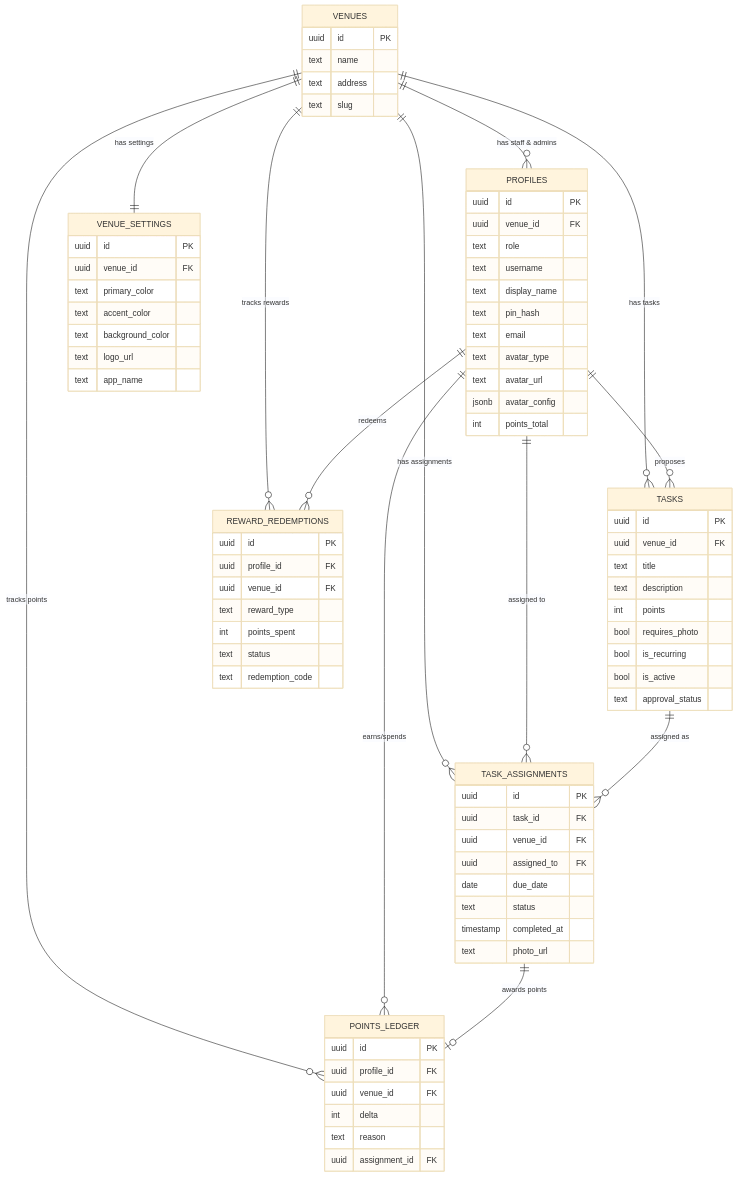
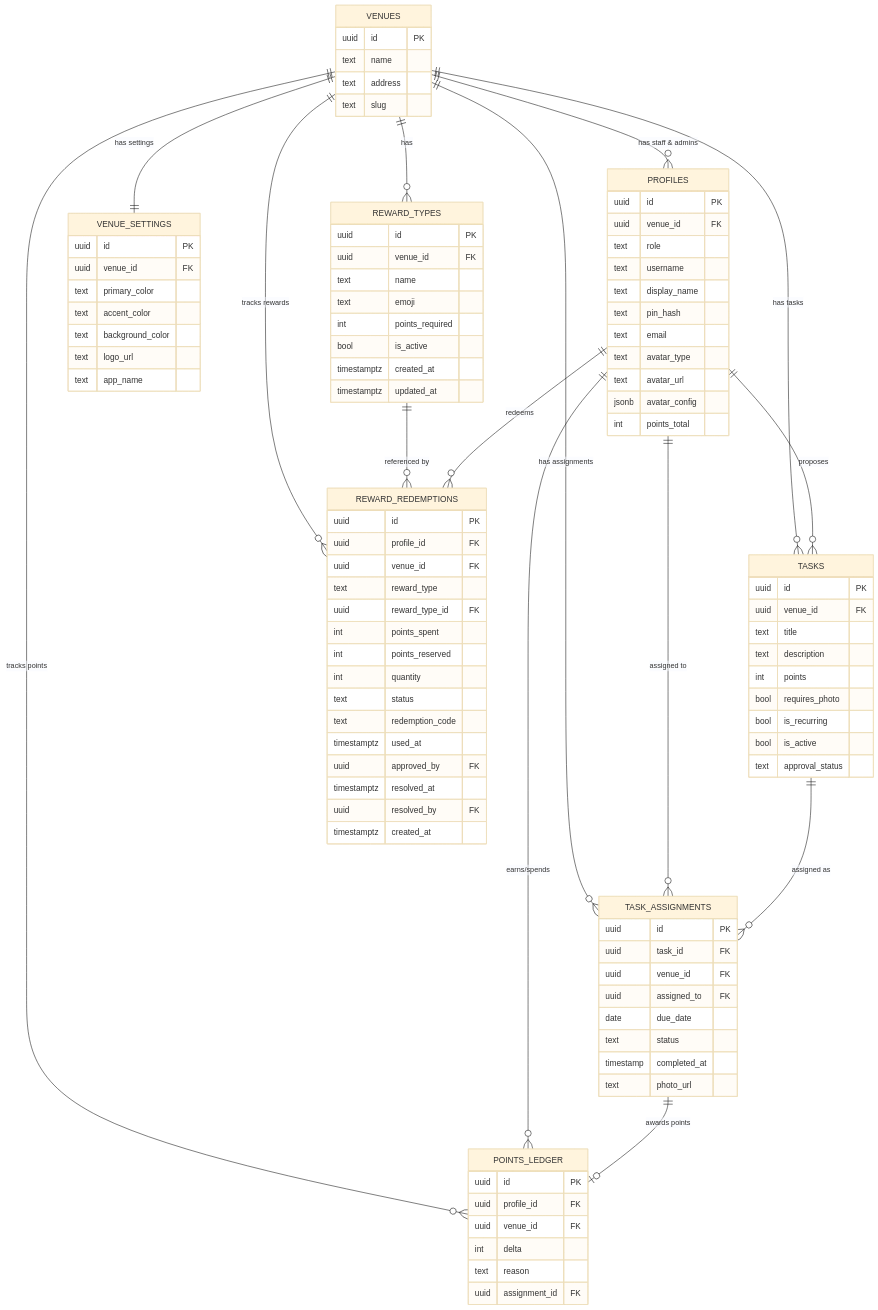
Diagram 12 of 12 in docs/architecture/app-flowchart.md (briannanayakkara/bar-chores-app), drawn with Mermaid (base theme) before and after one commit. The commit also changed other lines of this file and 1 other file, not shown here.

Commit message:
docs: update flowcharts and technical reference for dynamic rewards

````diff
--- a/docs/architecture/app-flowchart.md
+++ b/docs/architecture/app-flowchart.md
@@ -417,6 +406,8 @@
     VENUES ||--o{ TASK_ASSIGNMENTS : "has assignments"
     VENUES ||--o{ POINTS_LEDGER : "tracks points"
     VENUES ||--o{ REWARD_REDEMPTIONS : "tracks rewards"
+    VENUES ||--o{ REWARD_TYPES : "has"
+    REWARD_TYPES ||--o{ REWARD_REDEMPTIONS : "referenced by"
 
     PROFILES ||--o{ TASK_ASSIGNMENTS : "assigned to"
     PROFILES ||--o{ POINTS_LEDGER : "earns/spends"
@@ -483,13 +474,31 @@
         text reason
         uuid assignment_id FK
     }
+    REWARD_TYPES {
+        uuid id PK
+        uuid venue_id FK
+        text name
+        text emoji
+        int points_required
+        bool is_active
+        timestamptz created_at
+        timestamptz updated_at
+    }
     REWARD_REDEMPTIONS {
         uuid id PK
         uuid profile_id FK
         uuid venue_id FK
         text reward_type
+        uuid reward_type_id FK
         int points_spent
+        int points_reserved
+        int quantity
         text status
         text redemption_code
+        timestamptz used_at
+        uuid approved_by FK
+        timestamptz resolved_at
+        uuid resolved_by FK
+        timestamptz created_at
     }
 ```
````
